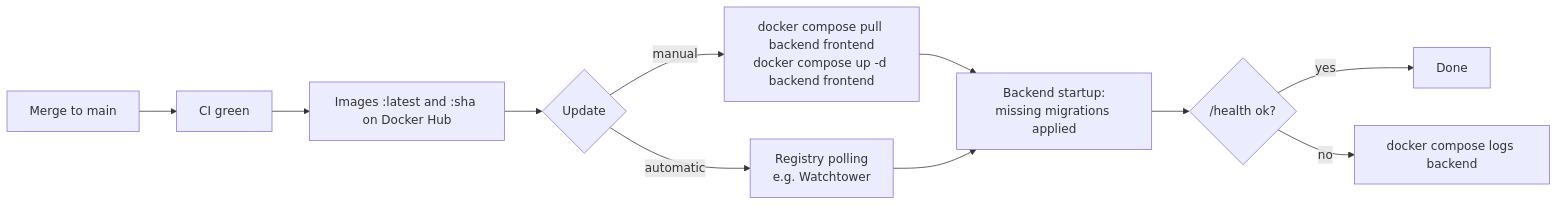
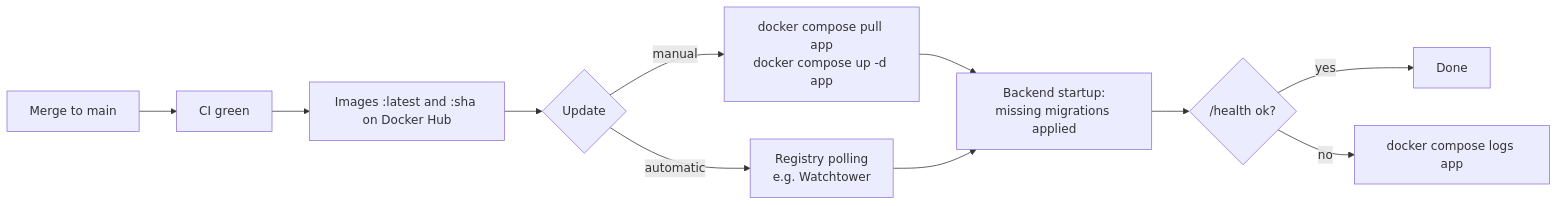
One commit to AntonioOrf/Catasto changed the seventh of 7 diagrams in docs/en/use-cases.md. Above: the diagram before and after it, drawn with Mermaid. The commit also changed other lines of this file and 23 other files, not shown here.

````diff
--- a/docs/en/use-cases.md
+++ b/docs/en/use-cases.md
@@ -444,13 +444,13 @@
 ```mermaid
 flowchart LR
     A[Merge to main] --> B[CI green]
     B --> C[Images :latest and :sha on Docker Hub]
     C --> D{Update}
-    D -->|manual| E["docker compose pull backend frontend<br/>docker compose up -d backend frontend"]
+    D -->|manual| E["docker compose pull app<br/>docker compose up -d app"]
     D -->|automatic| F[Registry polling<br/>e.g. Watchtower]
     E --> G[Backend startup:<br/>missing migrations applied]
     F --> G
     G --> H{/health ok?}
     H -->|yes| I[Done]
-    H -->|no| L[docker compose logs backend]
+    H -->|no| L[docker compose logs app]
 ```
````
